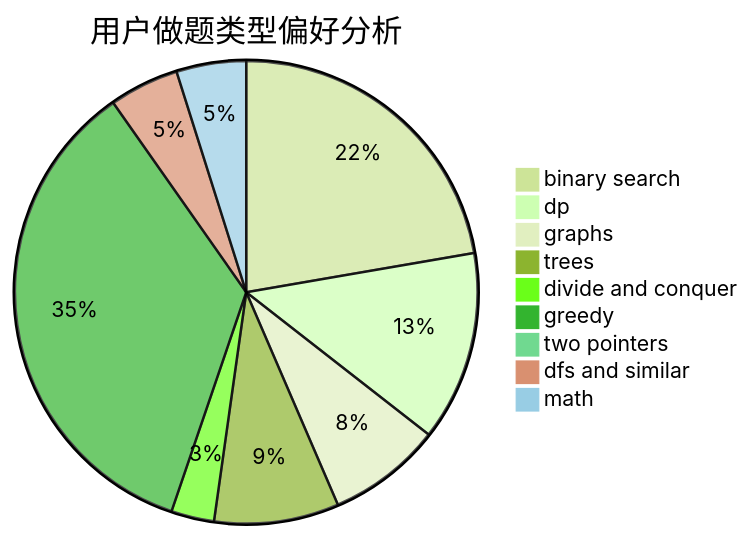
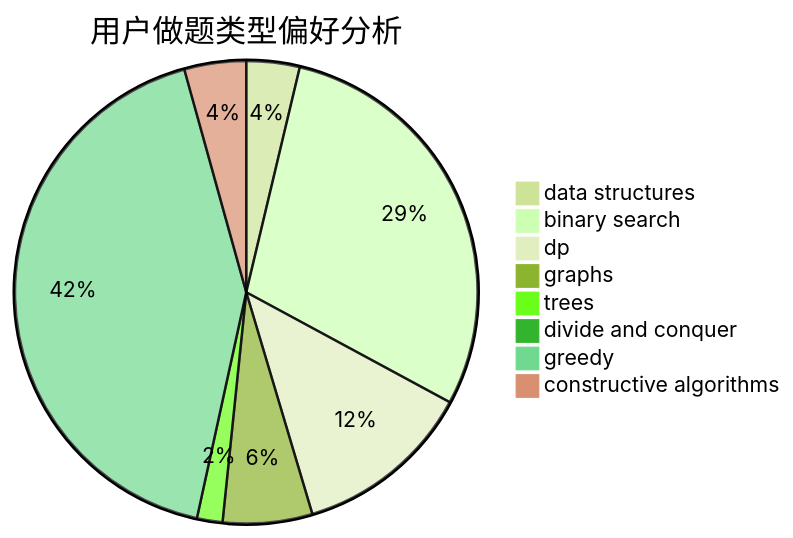
One commit to sherpahu/cfrs.github.io changed the second of 3 diagrams in docs/user/u2030.md. Above: the diagram before and after it, drawn with Mermaid (forest theme). The commit also changed other lines of this file and 2775 other files, not shown here.

````diff
--- a/docs/user/u2030.md
+++ b/docs/user/u2030.md
@@ -23,12 +23,11 @@
 ```mermaid
 pie title 用户做题类型偏好分析
-    "binary search" :  215
-    "dp" :  128
-    "graphs" :  77
-    "trees" :  84
-    "divide and conquer" :  29
-    "greedy" :  338
-    "two pointers" :  4
-    "dfs and similar" :  47
-    "math" :  47
+    "data structures" :  25
+    "binary search" :  196
+    "dp" :  84
+    "graphs" :  42
+    "trees" :  12
+    "divide and conquer" :  5
+    "greedy" :  284
+    "constructive algorithms" :  29
 ```
````
